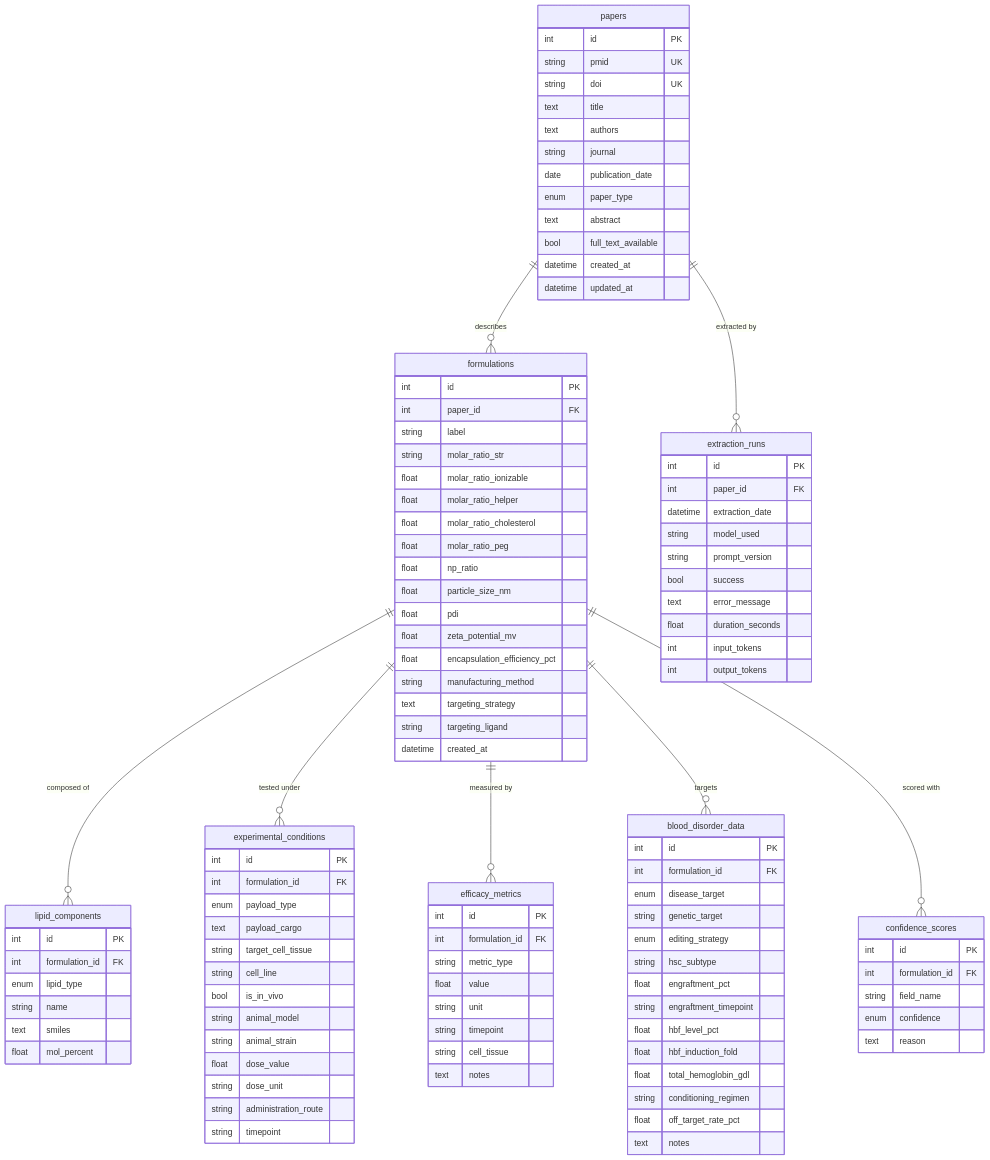
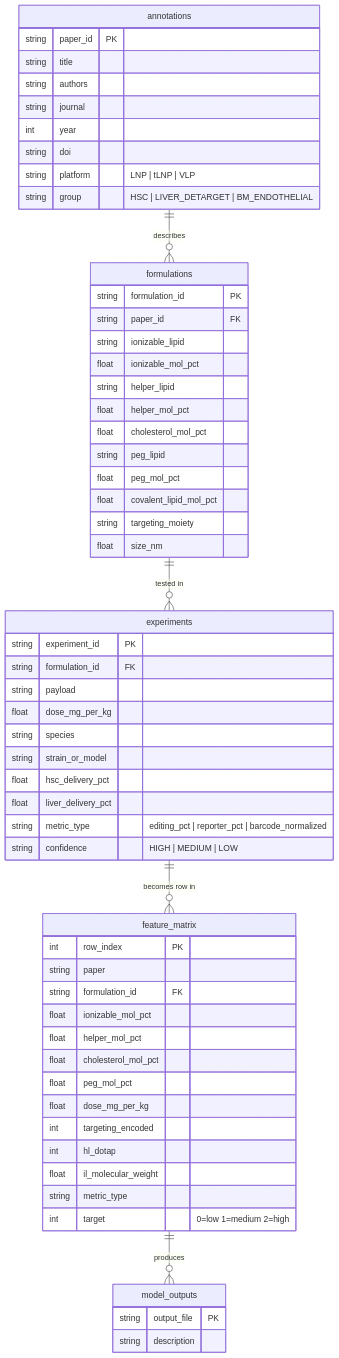
One commit to tramngo1603/lnp-hsc-atlas changed the diagram in docs/er_diagram.mermaid. Above: the diagram before and after it, drawn with Mermaid. The commit also changed 3 other files, not shown here.

Commit message:
Update READMEs and architecture diagrams to reflect current repo state

```diff
--- a/docs/er_diagram.mermaid
+++ b/docs/er_diagram.mermaid
@@ -1,117 +1,65 @@
 erDiagram
-    papers {
-        int id PK
-        string pmid UK
-        string doi UK
-        text title
-        text authors
+    annotations {
+        string paper_id PK
+        string title
+        string authors
         string journal
-        date publication_date
-        enum paper_type
-        text abstract
-        bool full_text_available
-        datetime created_at
-        datetime updated_at
+        int year
+        string doi
+        string platform "LNP | tLNP | VLP"
+        string group "HSC | LIVER_DETARGET | BM_ENDOTHELIAL"
     }
 
     formulations {
-        int id PK
-        int paper_id FK
-        string label
-        string molar_ratio_str
-        float molar_ratio_ionizable
-        float molar_ratio_helper
-        float molar_ratio_cholesterol
-        float molar_ratio_peg
-        float np_ratio
-        float particle_size_nm
-        float pdi
-        float zeta_potential_mv
-        float encapsulation_efficiency_pct
-        string manufacturing_method
-        text targeting_strategy
-        string targeting_ligand
-        datetime created_at
+        string formulation_id PK
+        string paper_id FK
+        string ionizable_lipid
+        float ionizable_mol_pct
+        string helper_lipid
+        float helper_mol_pct
+        float cholesterol_mol_pct
+        string peg_lipid
+        float peg_mol_pct
+        float covalent_lipid_mol_pct
+        string targeting_moiety
+        float size_nm
     }
 
-    lipid_components {
-        int id PK
-        int formulation_id FK
-        enum lipid_type
-        string name
-        text smiles
-        float mol_percent
+    experiments {
+        string experiment_id PK
+        string formulation_id FK
+        string payload
+        float dose_mg_per_kg
+        string species
+        string strain_or_model
+        float hsc_delivery_pct
+        float liver_delivery_pct
+        string metric_type "editing_pct | reporter_pct | barcode_normalized"
+        string confidence "HIGH | MEDIUM | LOW"
     }
 
-    experimental_conditions {
-        int id PK
-        int formulation_id FK
-        enum payload_type
-        text payload_cargo
-        string target_cell_tissue
-        string cell_line
-        bool is_in_vivo
-        string animal_model
-        string animal_strain
-        float dose_value
-        string dose_unit
-        string administration_route
-        string timepoint
+    feature_matrix {
+        int row_index PK
+        string paper
+        string formulation_id FK
+        float ionizable_mol_pct
+        float helper_mol_pct
+        float cholesterol_mol_pct
+        float peg_mol_pct
+        float dose_mg_per_kg
+        int targeting_encoded
+        int hl_dotap
+        float il_molecular_weight
+        string metric_type
+        int target "0=low 1=medium 2=high"
     }
 
-    efficacy_metrics {
-        int id PK
-        int formulation_id FK
-        string metric_type
-        float value
-        string unit
-        string timepoint
-        string cell_tissue
-        text notes
+    model_outputs {
+        string output_file PK
+        string description
     }
 
-    blood_disorder_data {
-        int id PK
-        int formulation_id FK
-        enum disease_target
-        string genetic_target
-        enum editing_strategy
-        string hsc_subtype
-        float engraftment_pct
-        string engraftment_timepoint
-        float hbf_level_pct
-        float hbf_induction_fold
-        float total_hemoglobin_gdl
-        string conditioning_regimen
-        float off_target_rate_pct
-        text notes
-    }
-
-    confidence_scores {
-        int id PK
-        int formulation_id FK
-        string field_name
-        enum confidence
-        text reason
-    }
-
-    extraction_runs {
-        int id PK
-        int paper_id FK
-        datetime extraction_date
-        string model_used
-        string prompt_version
-        bool success
-        text error_message
-        float duration_seconds
-        int input_tokens
-        int output_tokens
-    }
-
-    papers ||--o{ formulations : "describes"
-    papers ||--o{ extraction_runs : "extracted by"
-    formulations ||--o{ lipid_components : "composed of"
-    formulations ||--o{ experimental_conditions : "tested under"
-    formulations ||--o{ efficacy_metrics : "measured by"
-    formulations ||--o{ blood_disorder_data : "targets"
-    formulations ||--o{ confidence_scores : "scored with"
+    annotations ||--o{ formulations : "describes"
+    formulations ||--o{ experiments : "tested in"
+    experiments ||--o{ feature_matrix : "becomes row in"
+    feature_matrix ||--o{ model_outputs : "produces"
```
